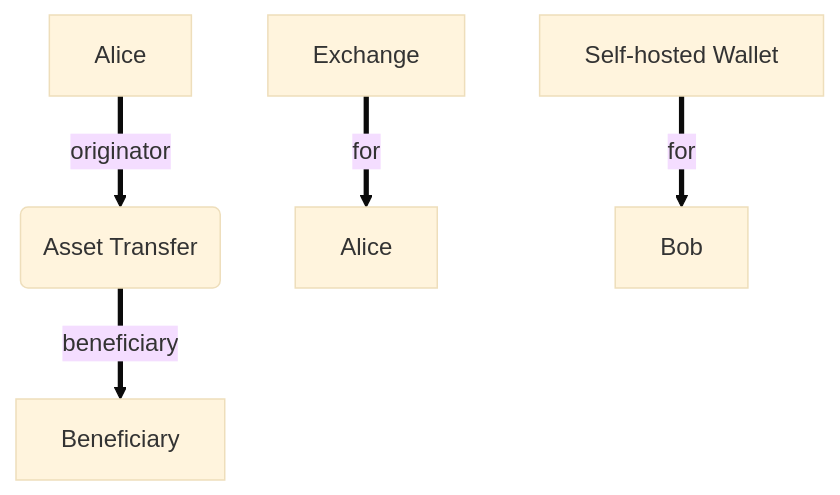
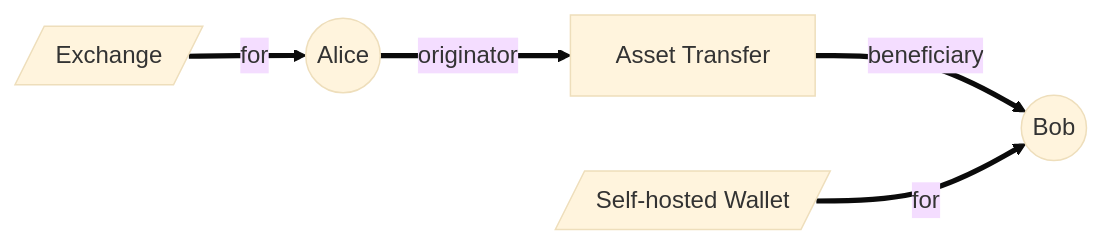
Before and after one commit to TransactionAuthorizationProtocol/TAIPs: the ninth of 22 diagrams in Whitepaper.md, drawn with Mermaid (base theme). The commit also changed other lines of this file, not shown here.

````diff
--- a/Whitepaper.md
+++ b/Whitepaper.md
@@ -381,8 +380,8 @@
 ```mermaid
-graph TD 
-    Originator[Alice] ==>|originator| Transfer(Asset Transfer)
-    Transfer ==>|beneficiary| Beneficiary
+graph LR
+    Originator((Alice)) ==>|originator| Transfer[Asset Transfer]
+    Transfer ==>|beneficiary| Beneficiary((Bob))
 
-    OriginatingVASP[Exchange] ==>|for| Alice
-    Wallet[Self-hosted Wallet] ==>|for| Bob
+    OriginatingVASP[/Exchange/] ==>|for| Originator
+    Wallet[/Self-hosted Wallet/] ==>|for| Beneficiary
 ```
````
